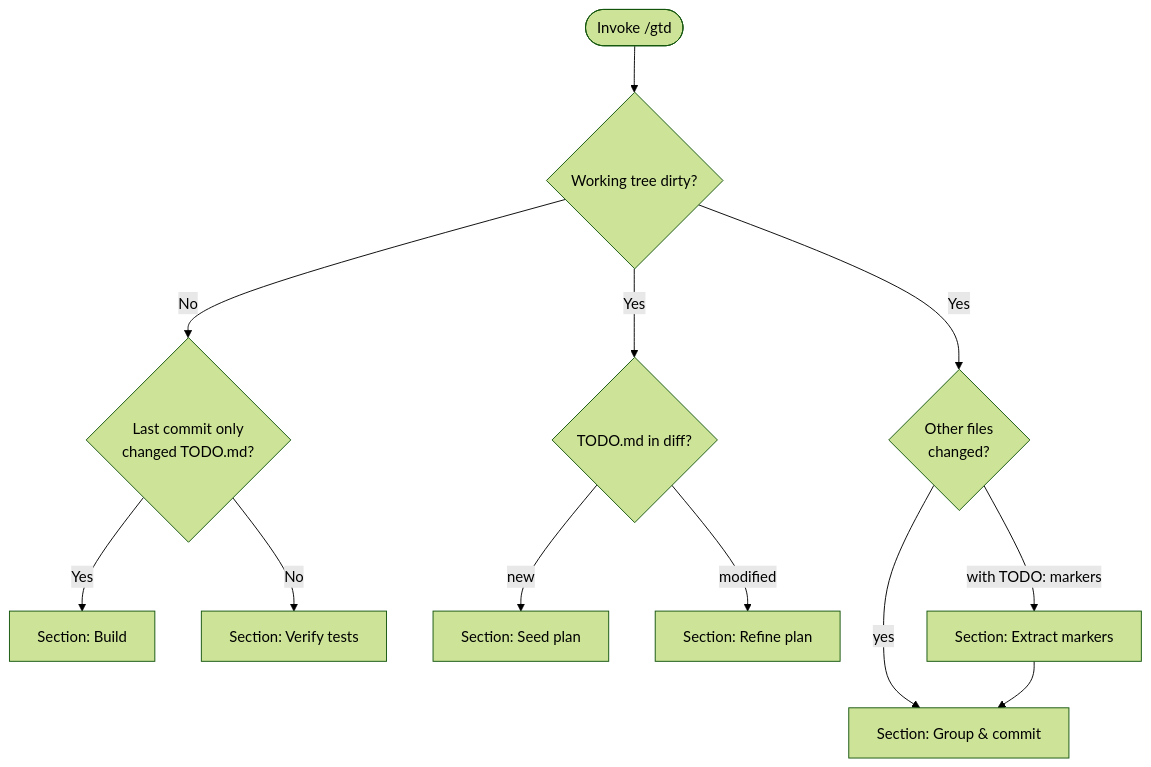
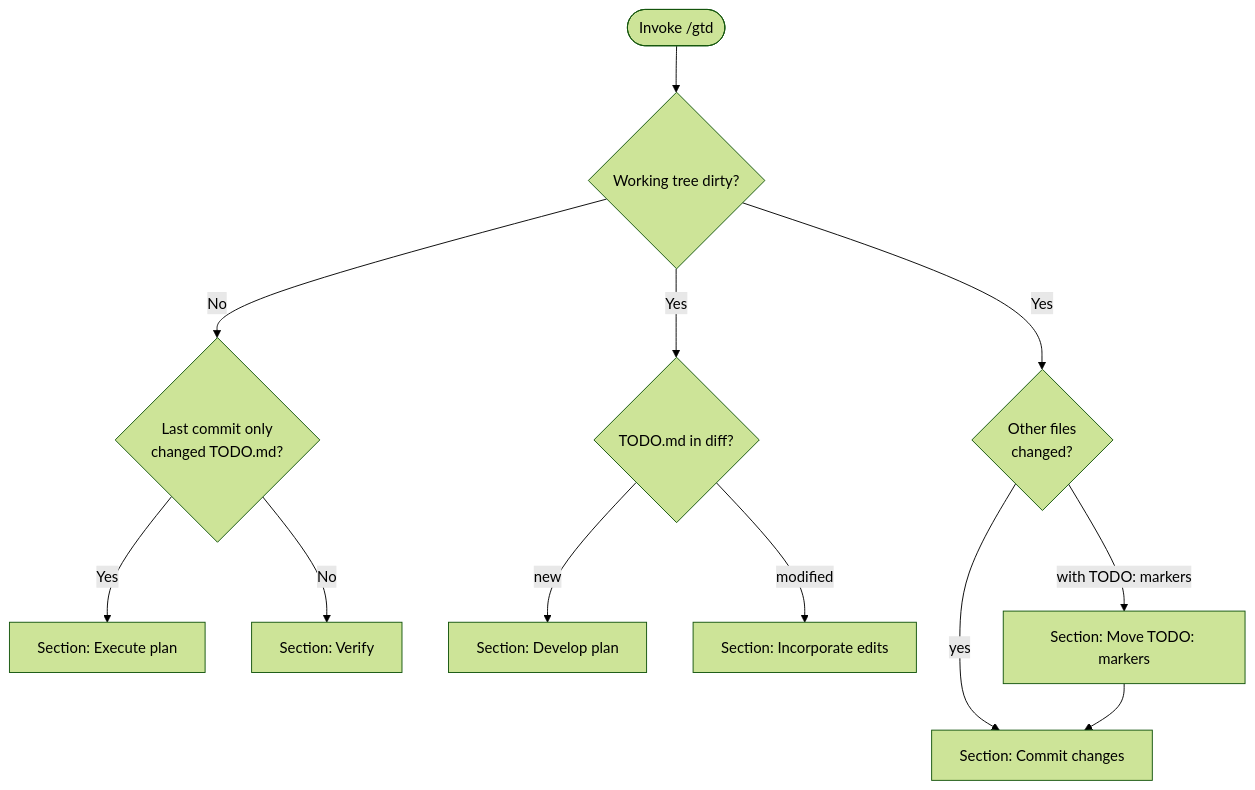
One commit to pmelab/gtd changed the diagram in README.md. Above: the diagram before and after it, drawn with Mermaid (forest theme). The commit also changed other lines of this file, not shown here.

````diff
--- a/README.md
+++ b/README.md
@@ -60,14 +62,14 @@
 ```mermaid
 flowchart TD
     Start([Invoke /gtd]) --> Dirty{Working tree dirty?}
     Dirty -->|No| Last{Last commit only<br/>changed TODO.md?}
-    Last -->|Yes| Build[Section: Build]
-    Last -->|No| Verify[Section: Verify tests]
+    Last -->|Yes| Build[Section: Execute plan]
+    Last -->|No| Verify[Section: Verify]
     Dirty -->|Yes| Todo{TODO.md in diff?}
-    Todo -->|new| Seed[Section: Seed plan]
-    Todo -->|modified| Refine[Section: Refine plan]
+    Todo -->|new| Seed[Section: Develop plan]
+    Todo -->|modified| Refine[Section: Incorporate edits]
     Dirty -->|Yes| Other{Other files<br/>changed?}
-    Other -->|with TODO: markers| Markers[Section: Extract markers]
-    Other -->|yes| Commit[Section: Group & commit]
+    Other -->|with TODO: markers| Markers[Section: Move TODO: markers]
+    Other -->|yes| Commit[Section: Commit changes]
     Markers --> Commit
 ```
````
